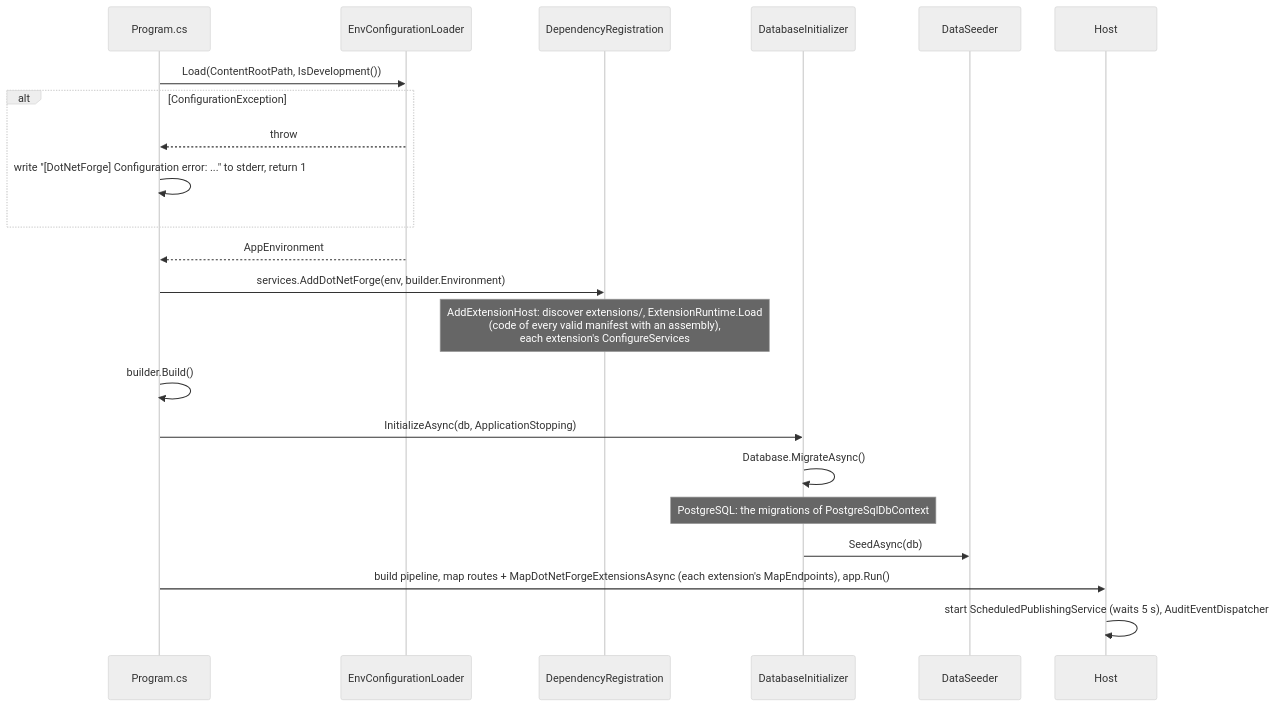
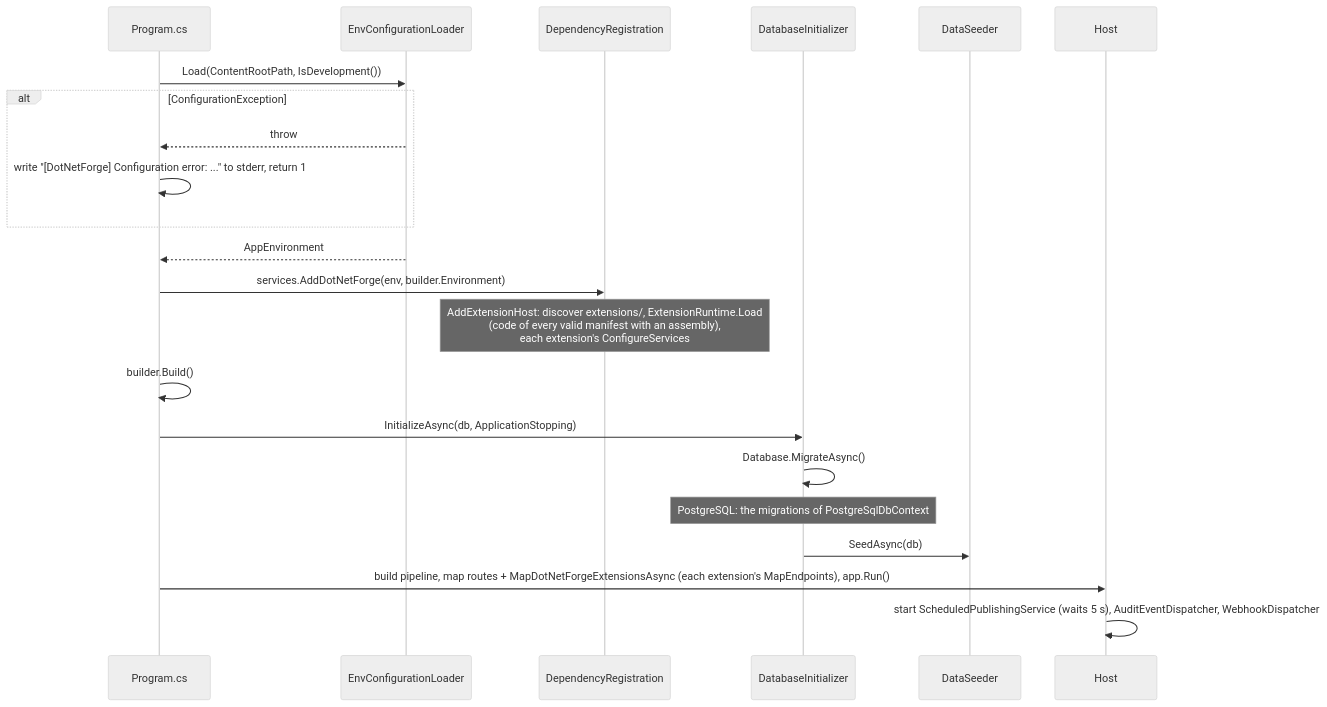
Before and after one commit to Albadit/DotNetForge: the first of 12 diagrams in .docs/architecture/data-flow.md, drawn with Mermaid (neutral theme). The commit also changed other lines of this file and 71 other files, not shown here.

````diff
--- a/.docs/architecture/data-flow.md
+++ b/.docs/architecture/data-flow.md
@@ -10,24 +10,24 @@
 ```mermaid
 sequenceDiagram
     participant P as Program.cs
     participant L as EnvConfigurationLoader
     participant DI as DependencyRegistration
     participant DBI as DatabaseInitializer
     participant S as DataSeeder
     participant H as Host
     P->>L: Load(ContentRootPath, IsDevelopment())
     alt ConfigurationException
         L-->>P: throw
         P->>P: write "[DotNetForge] Configuration error: ..." to stderr, return 1
     end
     L-->>P: AppEnvironment
     P->>DI: services.AddDotNetForge(env, builder.Environment)
     Note over DI: AddExtensionHost: discover extensions/, ExtensionRuntime.Load<br/>(code of every valid manifest with an assembly),<br/>each extension's ConfigureServices
     P->>P: builder.Build()
     P->>DBI: InitializeAsync(db, ApplicationStopping)
     DBI->>DBI: Database.MigrateAsync()
     Note over DBI: PostgreSQL: the migrations of PostgreSqlDbContext
     DBI->>S: SeedAsync(db)
     P->>H: build pipeline, map routes + MapDotNetForgeExtensionsAsync (each extension's MapEndpoints), app.Run()
-    H->>H: start ScheduledPublishingService (waits 5 s), AuditEventDispatcher
+    H->>H: start ScheduledPublishingService (waits 5 s), AuditEventDispatcher, WebhookDispatcher
 ```
````
